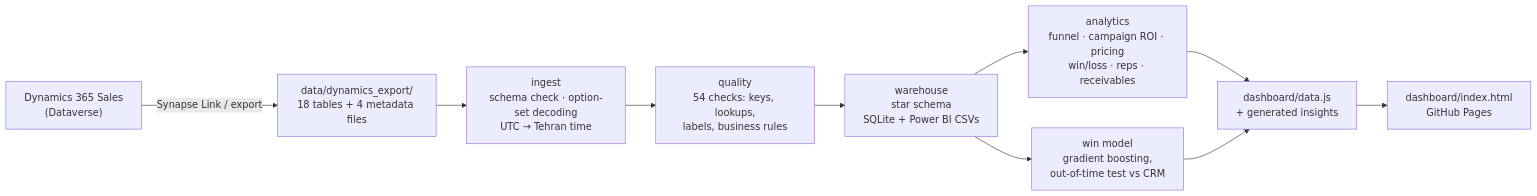
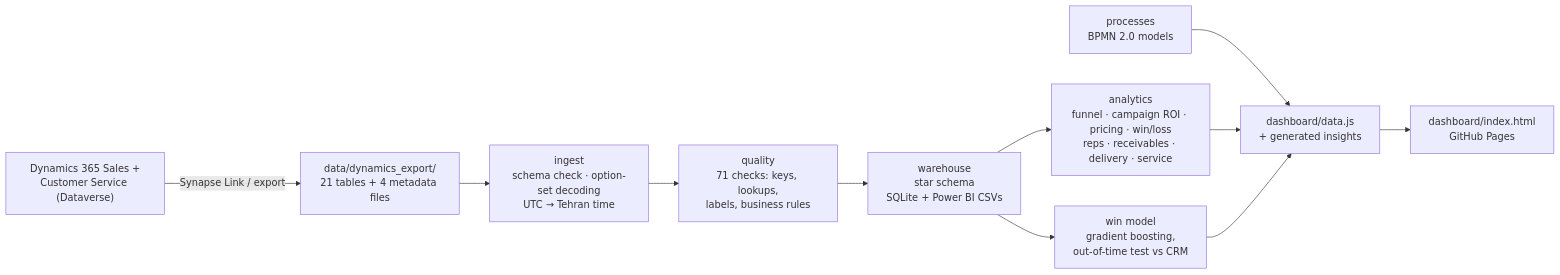
The diagram in README.md (Milad-Shabani/Steel-sales-crm-intelligence), drawn with Mermaid before and after one commit. The commit also changed other lines of this file and 52 other files, not shown here.

````diff
--- a/README.md
+++ b/README.md
@@ -82,12 +139,13 @@
 ```mermaid
 flowchart LR
-    A["Dynamics 365 Sales<br/>(Dataverse)"] -->|Synapse Link / export| B["data/dynamics_export/<br/>18 tables + 4 metadata files"]
+    A["Dynamics 365 Sales +<br/>Customer Service (Dataverse)"] -->|Synapse Link / export| B["data/dynamics_export/<br/>21 tables + 4 metadata files"]
     B --> C["ingest<br/>schema check · option-set decoding<br/>UTC → Tehran time"]
-    C --> D["quality<br/>54 checks: keys, lookups,<br/>labels, business rules"]
+    C --> D["quality<br/>71 checks: keys, lookups,<br/>labels, business rules"]
     D --> E["warehouse<br/>star schema<br/>SQLite + Power BI CSVs"]
-    E --> F["analytics<br/>funnel · campaign ROI · pricing<br/>win/loss · reps · receivables"]
+    E --> F["analytics<br/>funnel · campaign ROI · pricing · win/loss<br/>reps · receivables · delivery · service"]
     E --> G["win model<br/>gradient boosting,<br/>out-of-time test vs CRM"]
+    P["processes<br/>BPMN 2.0 models"] --> H
     F --> H["dashboard/data.js<br/>+ generated insights"]
     G --> H
     H --> I["dashboard/index.html<br/>GitHub Pages"]
 ```
````
